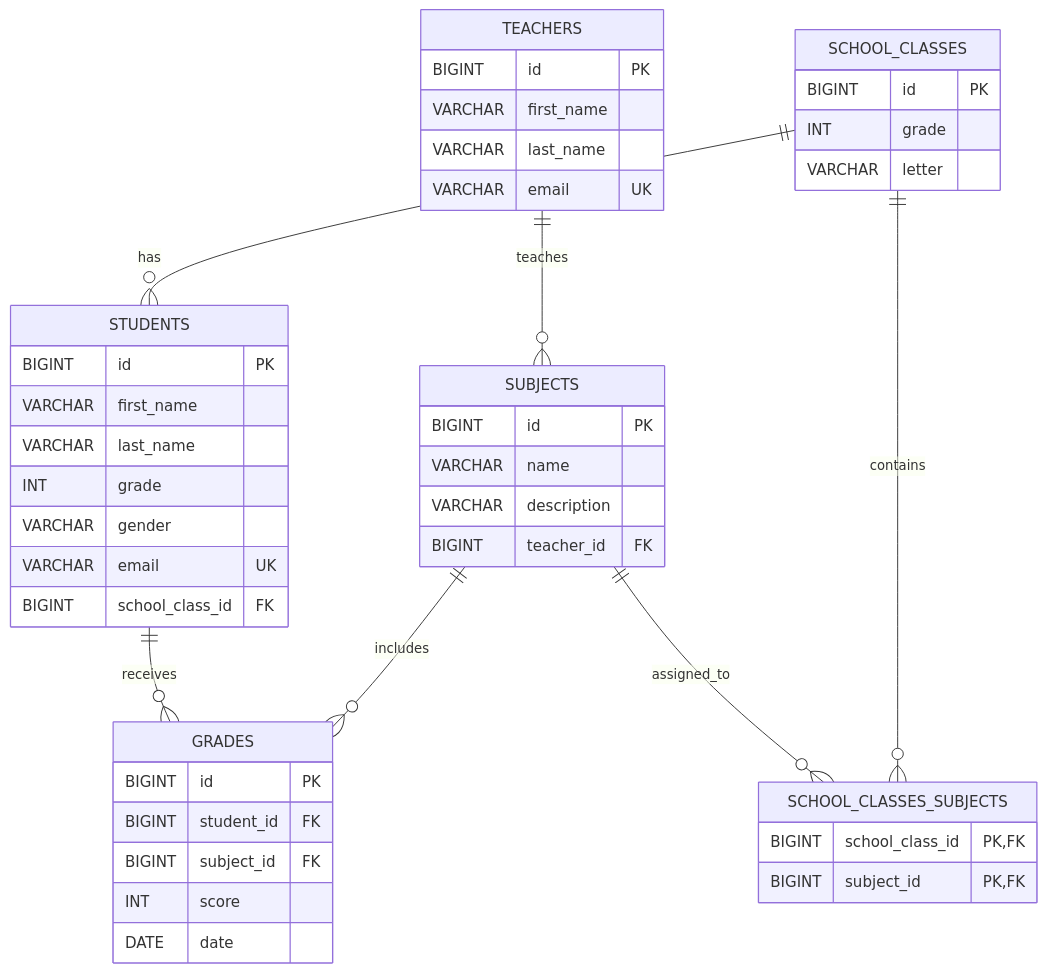
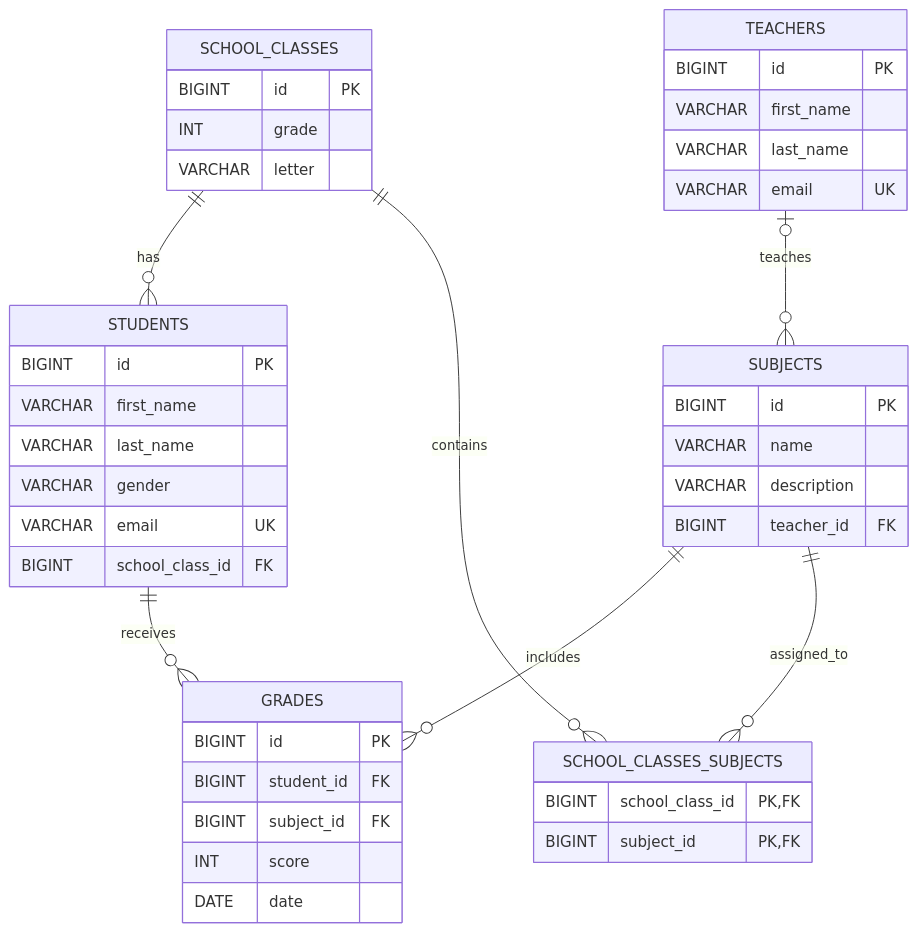
One commit to tecris-unk/school-project changed the diagram in README.md. Above: the diagram before and after it, drawn with Mermaid.

````diff
--- a/README.md
+++ b/README.md
@@ -28,54 +28,53 @@
 ```mermaid
 erDiagram
+    SCHOOL_CLASSES ||--o{ STUDENTS : has
+    TEACHERS o|--o{ SUBJECTS : teaches
     STUDENTS ||--o{ GRADES : receives
     SUBJECTS ||--o{ GRADES : includes
-    TEACHERS ||--o{ SUBJECTS : teaches
+    SCHOOL_CLASSES ||--o{ SCHOOL_CLASSES_SUBJECTS : contains
     SUBJECTS ||--o{ SCHOOL_CLASSES_SUBJECTS : assigned_to
-    SCHOOL_CLASSES ||--o{ STUDENTS : has
-    SCHOOL_CLASSES ||--o{ SCHOOL_CLASSES_SUBJECTS : contains
 
     SCHOOL_CLASSES {
         BIGINT id PK
         INT grade
         VARCHAR letter
     }
 
     STUDENTS {
         BIGINT id PK
         VARCHAR first_name
         VARCHAR last_name
-        INT grade
         VARCHAR gender
         VARCHAR email UK
         BIGINT school_class_id FK
     }
 
     SCHOOL_CLASSES_SUBJECTS {
         BIGINT school_class_id PK, FK
         BIGINT subject_id PK, FK
     }
 
     TEACHERS {
         BIGINT id PK
         VARCHAR first_name
         VARCHAR last_name
         VARCHAR email UK
     }
 
     SUBJECTS {
         BIGINT id PK
         VARCHAR name
         VARCHAR description
         BIGINT teacher_id FK
     }
 
     GRADES {
         BIGINT id PK
         BIGINT student_id FK
         BIGINT subject_id FK
         INT score
         DATE date
     }
 
     
 ```
````
